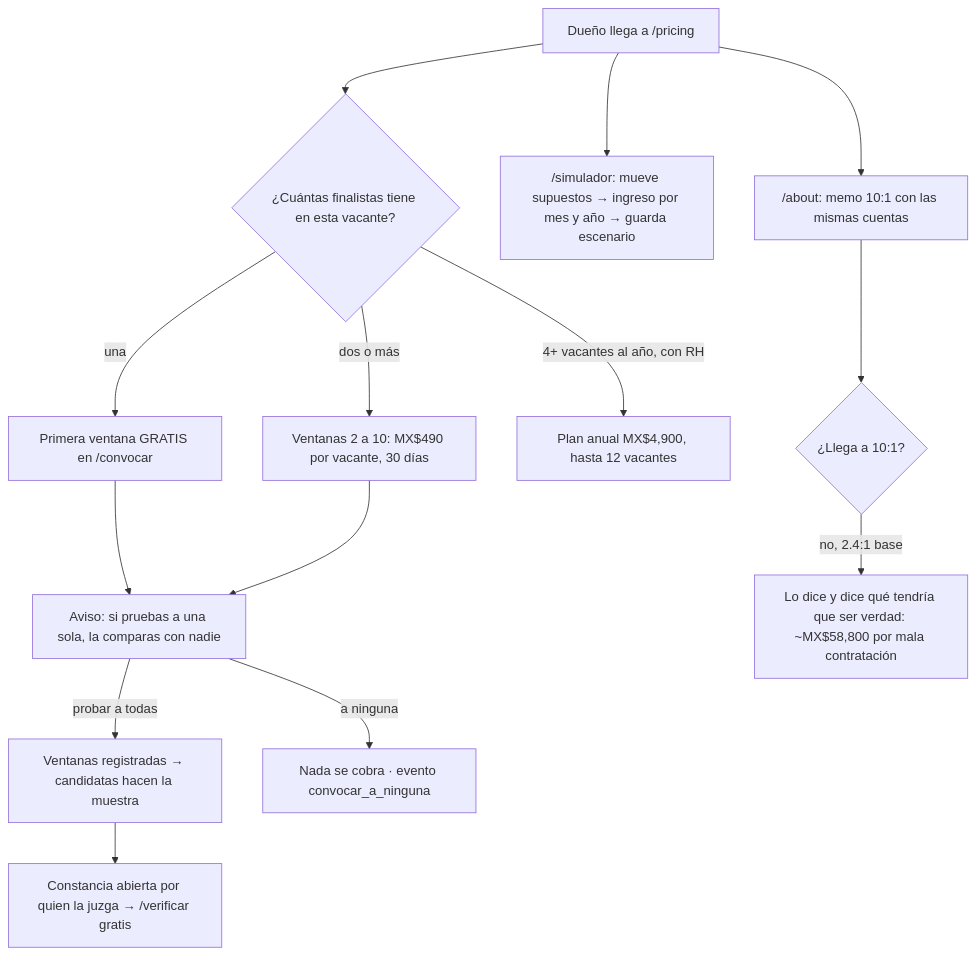
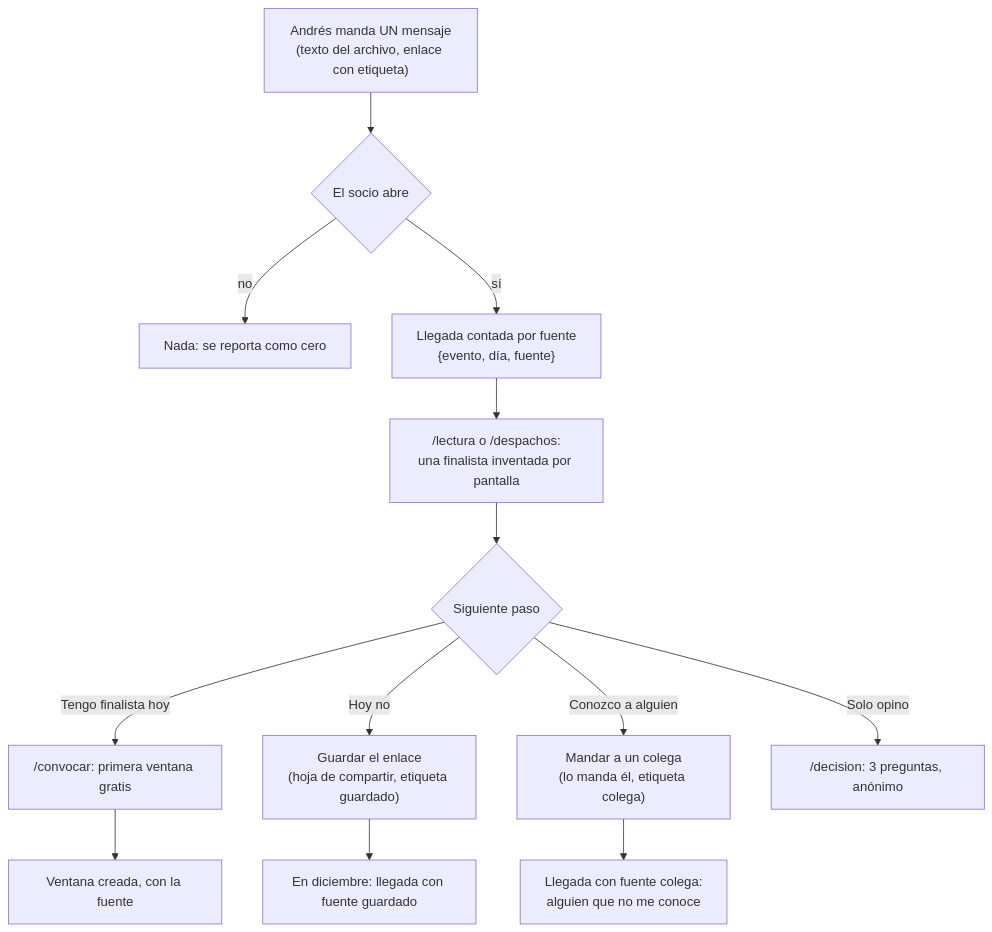
Before and after one commit to andresbuildshub/w04-criba: the second of 2 diagrams in docs/PACKET.md, drawn with Mermaid. The commit also changed other lines of this file and 1 other file, not shown here.

Commit message:
docs(semana 15): packet antes del código — distribución: primer público, momento, promesa con evidencia, playbook de lanzamiento, seis roles con cita-o-se-corta, prueba de dos piezas escrita antes

````diff
--- a/docs/PACKET.md
+++ b/docs/PACKET.md
@@ -27,16 +120,15 @@
 ```mermaid
 flowchart TD
-  A["Dueño llega a /pricing"] --> B{¿Cuántas finalistas tiene en esta vacante?}
-  B -- una --> C["Primera ventana GRATIS en /convocar"]
-  B -- dos o más --> D[Ventanas 2 a 10: MX$490 por vacante, 30 días]
-  B -- "4+ vacantes al año, con RH" --> E[Plan anual MX$4,900, hasta 12 vacantes]
-  C --> F[Aviso: si pruebas a una sola, la comparas con nadie]
-  D --> F
-  F -- probar a todas --> G[Ventanas registradas → candidatas hacen la muestra]
-  F -- a ninguna --> H[Nada se cobra · evento convocar_a_ninguna]
-  G --> I["Constancia abierta por quien la juzga → /verificar gratis"]
-  A --> J["/simulador: mueve supuestos → ingreso por mes y año → guarda escenario"]
-  A --> K["/about: memo 10:1 con las mismas cuentas"]
-  K --> L{¿Llega a 10:1?}
-  L -- no, 2.4:1 base --> M[Lo dice y dice qué tendría que ser verdad: ~MX$58,800 por mala contratación]
+  A["Andrés manda UN mensaje<br/>(texto del archivo, enlace con etiqueta)"] --> B{"El socio abre"}
+  B -- no --> Z["Nada: se reporta como cero"]
+  B -- sí --> C["Llegada contada por fuente<br/>{evento, día, fuente}"]
+  C --> D["/lectura o /despachos:<br/>una finalista inventada por pantalla"]
+  D --> E{"Siguiente paso"}
+  E -- "Tengo finalista hoy" --> F["/convocar: primera ventana gratis"]
+  E -- "Hoy no" --> G["Guardar el enlace<br/>(hoja de compartir, etiqueta guardado)"]
+  E -- "Conozco a alguien" --> H["Mandar a un colega<br/>(lo manda él, etiqueta colega)"]
+  E -- "Solo opino" --> I["/decision: 3 preguntas, anónimo"]
+  F --> J["Ventana creada, con la fuente"]
+  G --> K["En diciembre: llegada con fuente guardado"]
+  H --> L["Llegada con fuente colega:<br/>alguien que no me conoce"]
 ```
````
